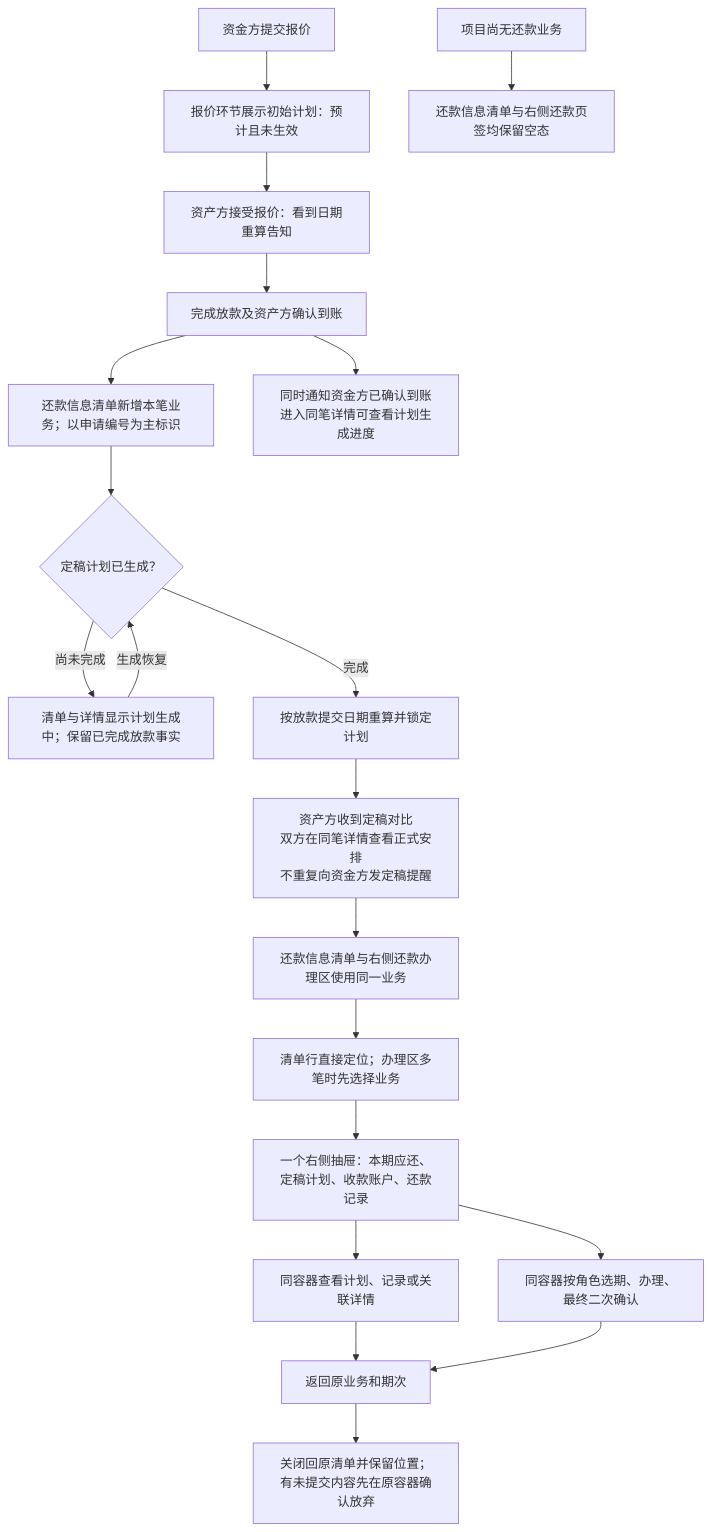
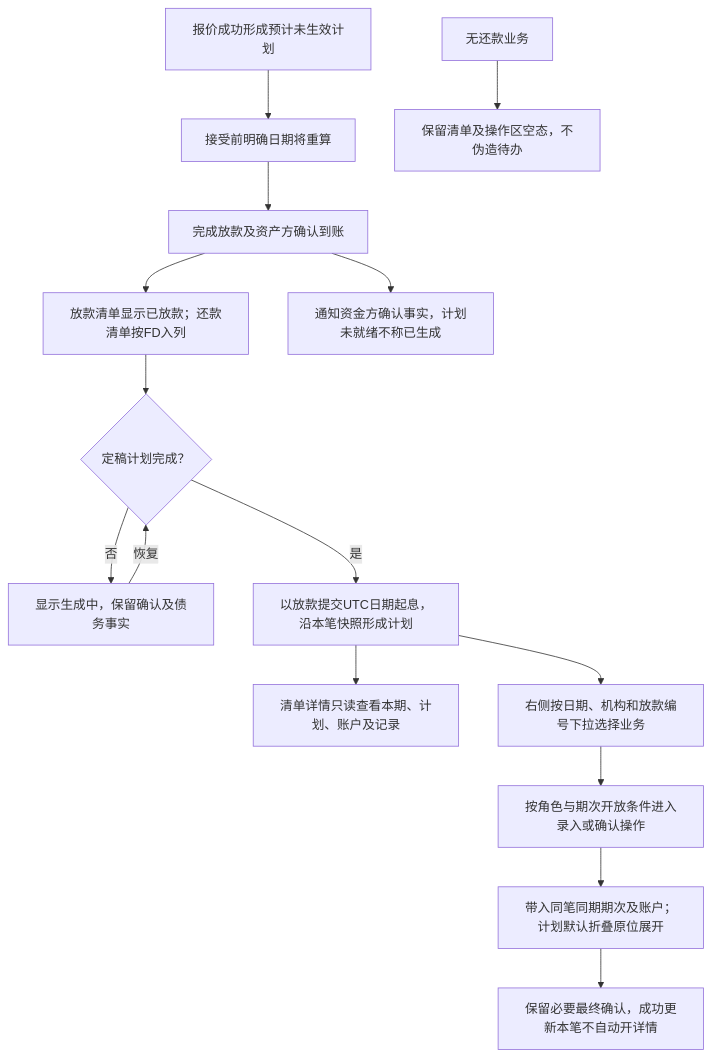
Before and after one commit to wxblockchain/Chain-Financing: the first of 7 diagrams in lending-platform/PRD/v1.0-借贷广场-还款计划与还款确认/l8-repayment-flows-and-states.md, drawn with Mermaid. The commit also changed other lines of this file and 2 other files, not shown here.

````diff
--- a/lending-platform/PRD/v1.0-借贷广场-还款计划与还款确认/l8-repayment-flows-and-states.md
+++ b/lending-platform/PRD/v1.0-借贷广场-还款计划与还款确认/l8-repayment-flows-and-states.md
@@ -24,23 +24,17 @@
 ```mermaid
 flowchart TD
-  A[资金方提交报价] --> B[报价环节展示初始计划：预计且未生效]
-  B --> C[资产方接受报价：看到日期重算告知]
-  C --> D[完成放款及资产方确认到账]
-  D --> R[还款信息清单新增本笔业务；以申请编号为主标识]
-  D --> Notice[同时通知资金方已确认到账<br/>进入同笔详情可查看计划生成进度]
-  R --> E{定稿计划已生成？}
-  E -->|尚未完成| F[清单与详情显示计划生成中；保留已完成放款事实]
-  F -->|生成恢复| E
-  E -->|完成| G[按放款提交日期重算并锁定计划]
-  G --> H[资产方收到定稿对比<br/>双方在同笔详情查看正式安排<br/>不重复向资金方发定稿提醒]
-  H --> I[还款信息清单与右侧还款办理区使用同一业务]
-  I --> J[清单行直接定位；办理区多笔时先选择业务]
-  J --> K[一个右侧抽屉：本期应还、定稿计划、收款账户、还款记录]
-  K --> L[同容器查看计划、记录或关联详情]
-  K --> M[同容器按角色选期、办理、最终二次确认]
-  L --> N[返回原业务和期次]
-  M --> N
-  N --> O[关闭回原清单并保留位置；有未提交内容先在原容器确认放弃]
-  P[项目尚无还款业务] --> Q[还款信息清单与右侧还款页签均保留空态]
-
+  A[报价成功形成预计未生效计划] --> B[接受前明确日期将重算]
+  B --> C[完成放款及资产方确认到账]
+  C --> D[放款清单显示已放款；还款清单按FD入列]
+  C --> N[通知资金方确认事实，计划未就绪不称已生成]
+  D --> E{定稿计划完成？}
+  E -->|否| F[显示生成中，保留确认及债务事实]
+  F -->|恢复| E
+  E -->|是| G[以放款提交UTC日期起息，沿本笔快照形成计划]
+  G --> H[清单详情只读查看本期、计划、账户及记录]
+  G --> I[右侧按日期、机构和放款编号下拉选择业务]
+  I --> J[按角色与期次开放条件进入录入或确认操作]
+  J --> K[带入同笔同期期次及账户；计划默认折叠原位展开]
+  K --> L[保留必要最终确认，成功更新本笔不自动开详情]
+  P[无还款业务] --> Q[保留清单及操作区空态，不伪造待办]
 ```
````
